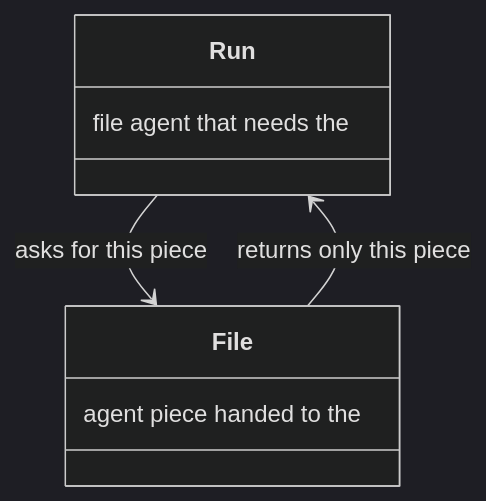
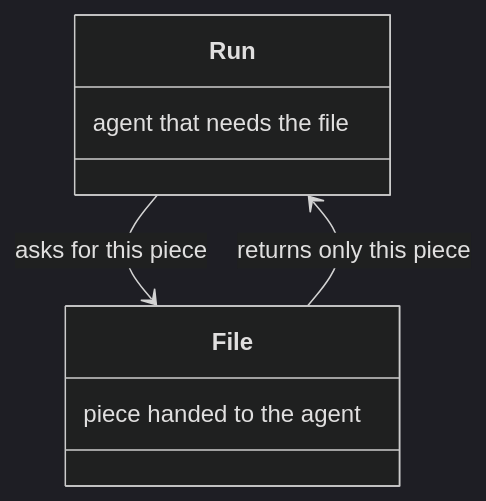
Diagram 18 of 20 in docs/architecture.md (m2ux/workflow-server), drawn with Mermaid (dark theme) before and after one commit. The commit also changed other lines of this file and 10 other files, not shown here.

Commit message:
Write each class-box note in reading order so the diagram shows the phrase as written.

````diff
--- a/docs/architecture.md
+++ b/docs/architecture.md
@@ -248,11 +248,11 @@
 ```mermaid
 classDiagram
   class Run {
-    file agent that needs the
+    agent that needs the file
   }
   class File {
-    agent piece handed to the
+    piece handed to the agent
   }
   Run --> File : asks for this piece
   File --> Run : returns only this piece
 ```
````
